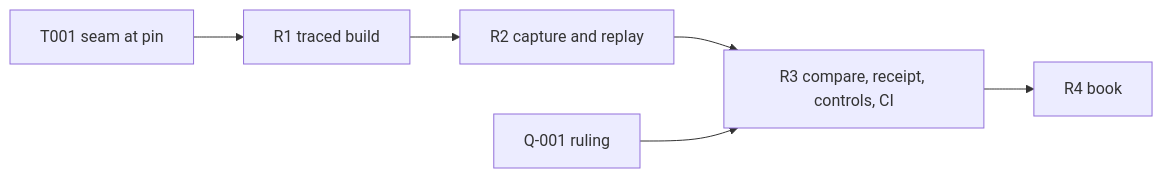
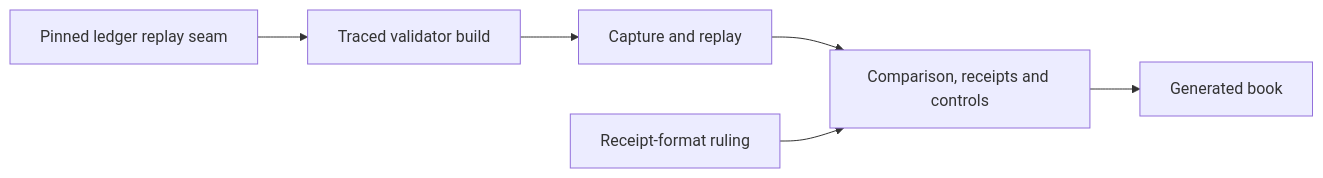
Before and after one commit to lambdasistemi/singular: the diagram in specs/287-traced-refusal-reasons/tasks.md, drawn with Mermaid. The commit also changed other lines of this file and 497 other files, not shown here.

````diff
--- a/specs/287-traced-refusal-reasons/tasks.md
+++ b/specs/287-traced-refusal-reasons/tasks.md
@@ -7,8 +7,8 @@
 ```mermaid
 flowchart LR
-    T001[T001 seam at pin] --> R1[R1 traced build]
-    R1 --> R2[R2 capture and replay]
-    R2 --> R3[R3 compare, receipt, controls, CI]
-    R3 --> R4[R4 book]
-    Q1[Q-001 ruling] --> R3
+    T001[Pinned ledger replay seam] --> R1[Traced validator build]
+    R1 --> R2[Capture and replay]
+    R2 --> R3[Comparison, receipts and controls]
+    R3 --> R4[Generated book]
+    Q1[Receipt-format ruling] --> R3
 ```
````
